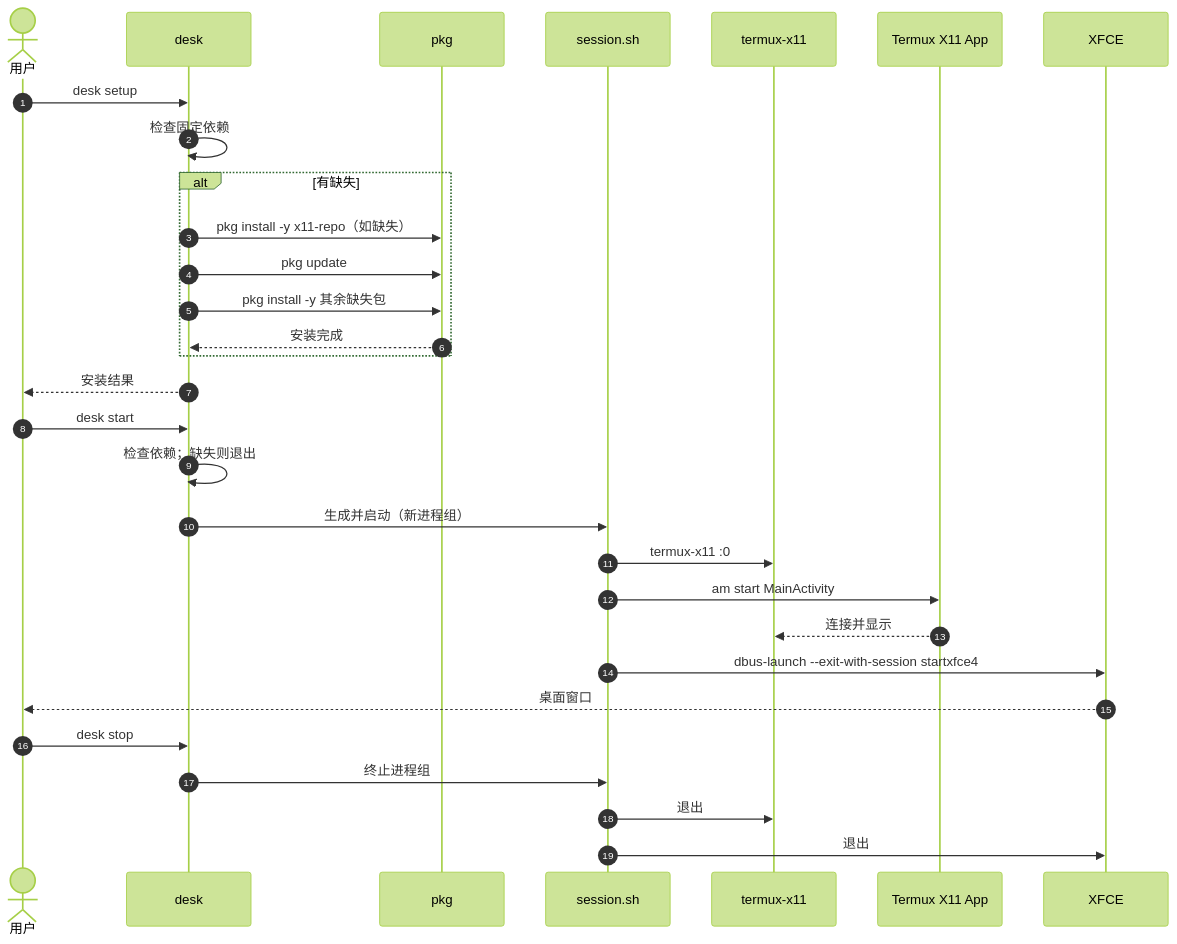
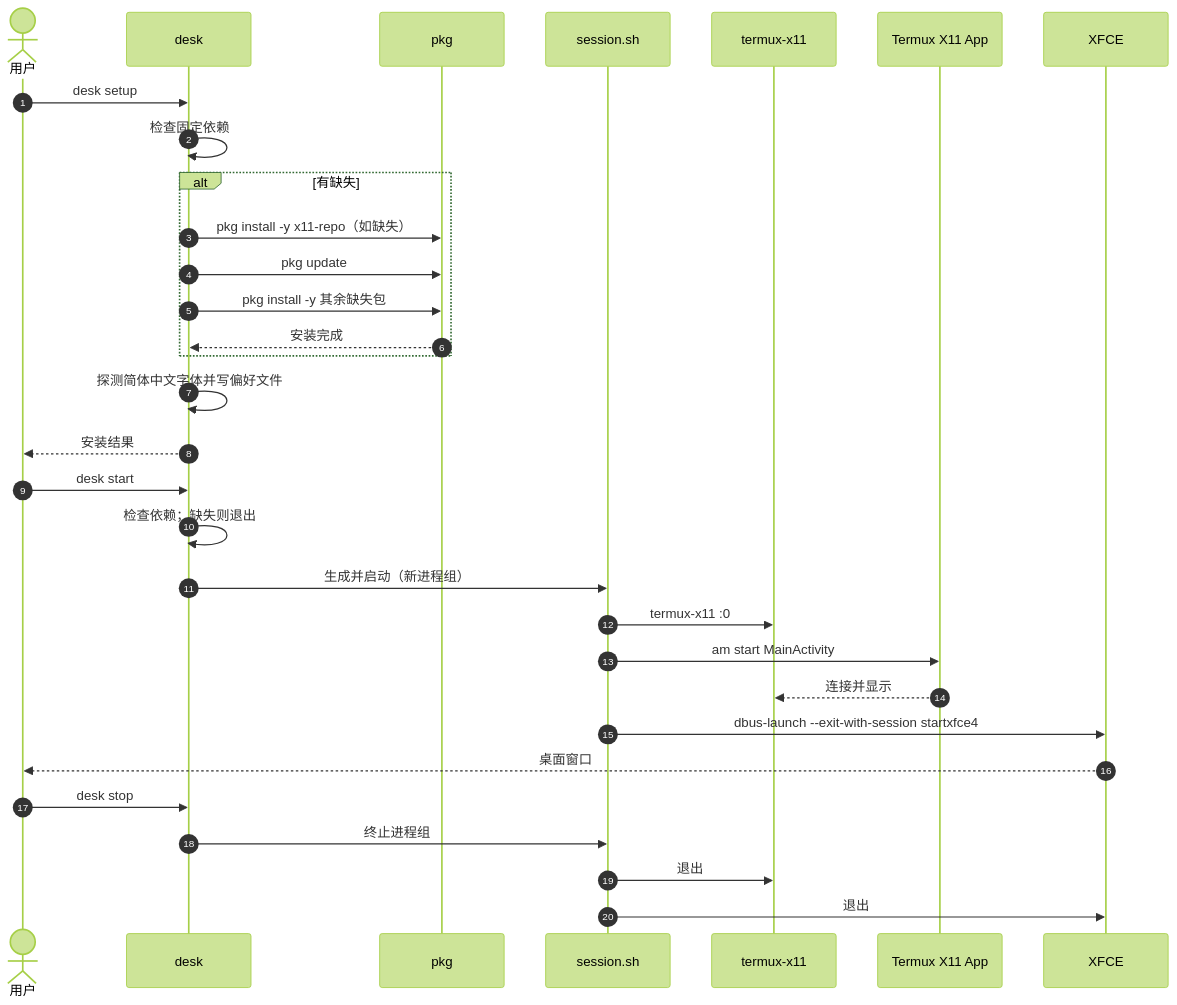
The second of 4 diagrams in docs/architecture.md (jerrychan7/termux-desktop), drawn with Mermaid (forest theme) before and after one commit. The commit also changed other lines of this file and 4 other files, not shown here.

````diff
--- a/docs/architecture.md
+++ b/docs/architecture.md
@@ -70,35 +70,36 @@
 ```mermaid
 sequenceDiagram
   autonumber
   actor U as 用户
   participant D as desk
   participant P as pkg
   participant S as session.sh
   participant X as termux-x11
   participant A as Termux X11 App
   participant E as XFCE
 
   U->>D: desk setup
   D->>D: 检查固定依赖
   alt 有缺失
     D->>P: pkg install -y x11-repo（如缺失）
     D->>P: pkg update
     D->>P: pkg install -y 其余缺失包
     P-->>D: 安装完成
   end
+  D->>D: 探测简体中文字体并写偏好文件
   D-->>U: 安装结果
 
   U->>D: desk start
   D->>D: 检查依赖；缺失则退出
   D->>S: 生成并启动（新进程组）
   S->>X: termux-x11 :0
   S->>A: am start MainActivity
   A-->>X: 连接并显示
   S->>E: dbus-launch --exit-with-session startxfce4
   E-->>U: 桌面窗口
 
   U->>D: desk stop
   D->>S: 终止进程组
   S->>X: 退出
   S->>E: 退出
 ```
````
